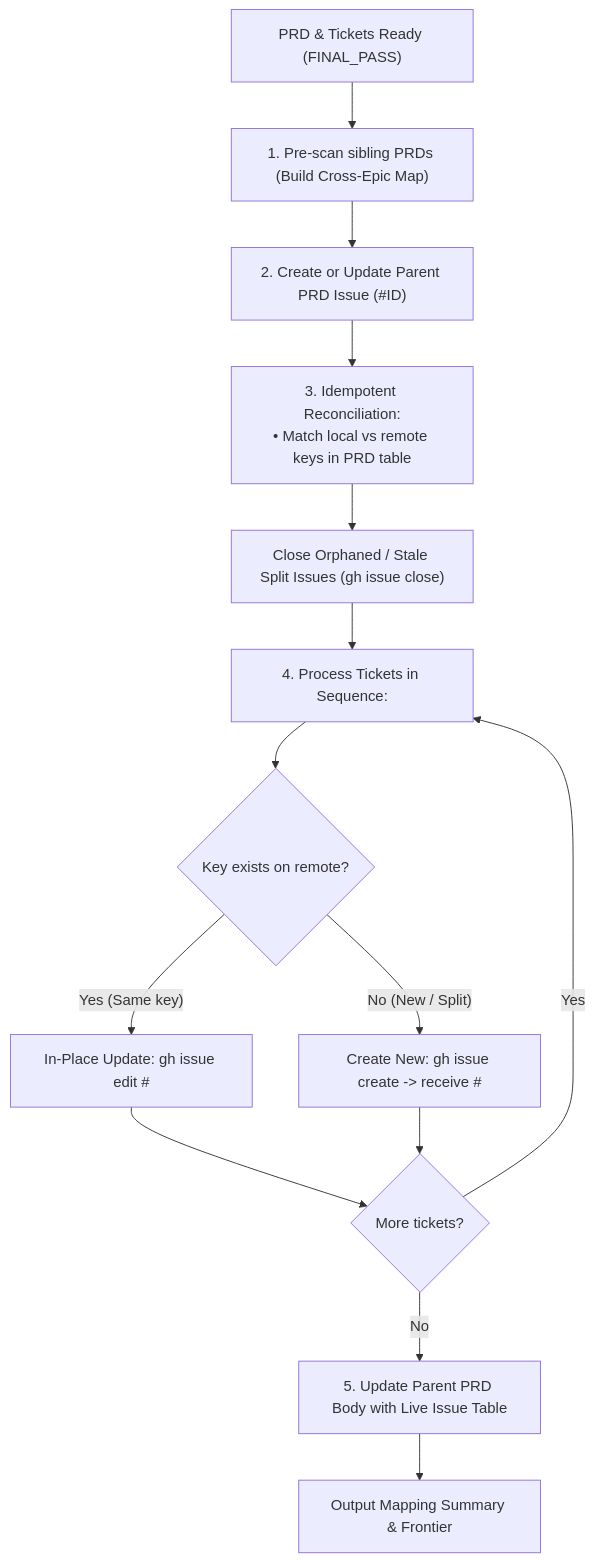
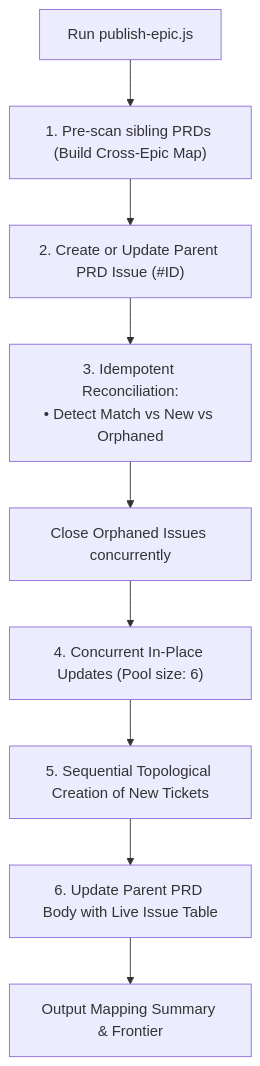
One commit to loerei/myskills changed the diagram in productivity/gitpublish-prd-and-tickets/SKILL.md. Above: the diagram before and after it, drawn with Mermaid. The commit also changed other lines of this file and 1 other file, not shown here.

Commit message:
feat(productivity): support parallel concurrent workers and --all batching in gitpublish-prd-and-tickets

````diff
--- a/productivity/gitpublish-prd-and-tickets/SKILL.md
+++ b/productivity/gitpublish-prd-and-tickets/SKILL.md
@@ -27,16 +28,11 @@
 ```mermaid
 flowchart TD
-    Start["PRD & Tickets Ready (FINAL_PASS)"] --> PreScan["1. Pre-scan sibling PRDs (Build Cross-Epic Map)"]
+    Start["Run publish-epic.js"] --> PreScan["1. Pre-scan sibling PRDs (Build Cross-Epic Map)"]
     PreScan --> Parent["2. Create or Update Parent PRD Issue (#ID)"]
-    Parent --> Reconcile["3. Idempotent Reconciliation:<br/>• Match local vs remote keys in PRD table"]
-    Reconcile --> CloseOrphan["Close Orphaned / Stale Split Issues (gh issue close)"]
-    CloseOrphan --> Loop["4. Process Tickets in Sequence:"]
-    Loop --> CheckMatch{"Key exists on remote?"}
-    CheckMatch -->|"Yes (Same key)"| InPlaceEdit["In-Place Update: gh issue edit #<existing_id>"]
-    CheckMatch -->|"No (New / Split)"| CreateNew["Create New: gh issue create -> receive #<new_id>"]
-    InPlaceEdit --> NextTicket{"More tickets?"}
-    CreateNew --> NextTicket
-    NextTicket -->|"Yes"| Loop
-    NextTicket -->|"No"| UpdatePRD["5. Update Parent PRD Body with Live Issue Table"]
+    Parent --> Reconcile["3. Idempotent Reconciliation:<br/>• Detect Match vs New vs Orphaned"]
+    Reconcile --> CloseOrphan["Close Orphaned Issues concurrently"]
+    CloseOrphan --> ParallelEdit["4. Concurrent In-Place Updates (Pool size: 6)"]
+    ParallelEdit --> SeqNew["5. Sequential Topological Creation of New Tickets"]
+    SeqNew --> UpdatePRD["6. Update Parent PRD Body with Live Issue Table"]
     UpdatePRD --> Done["Output Mapping Summary & Frontier"]
 ```
````
